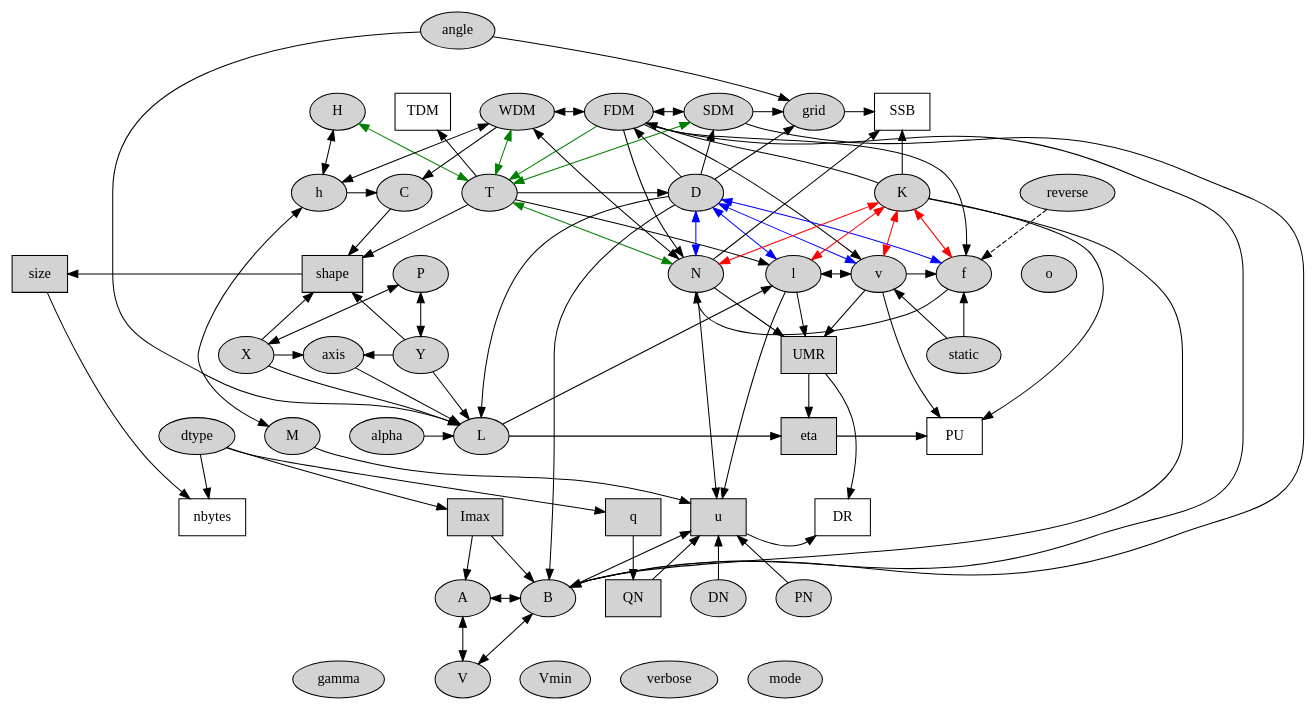
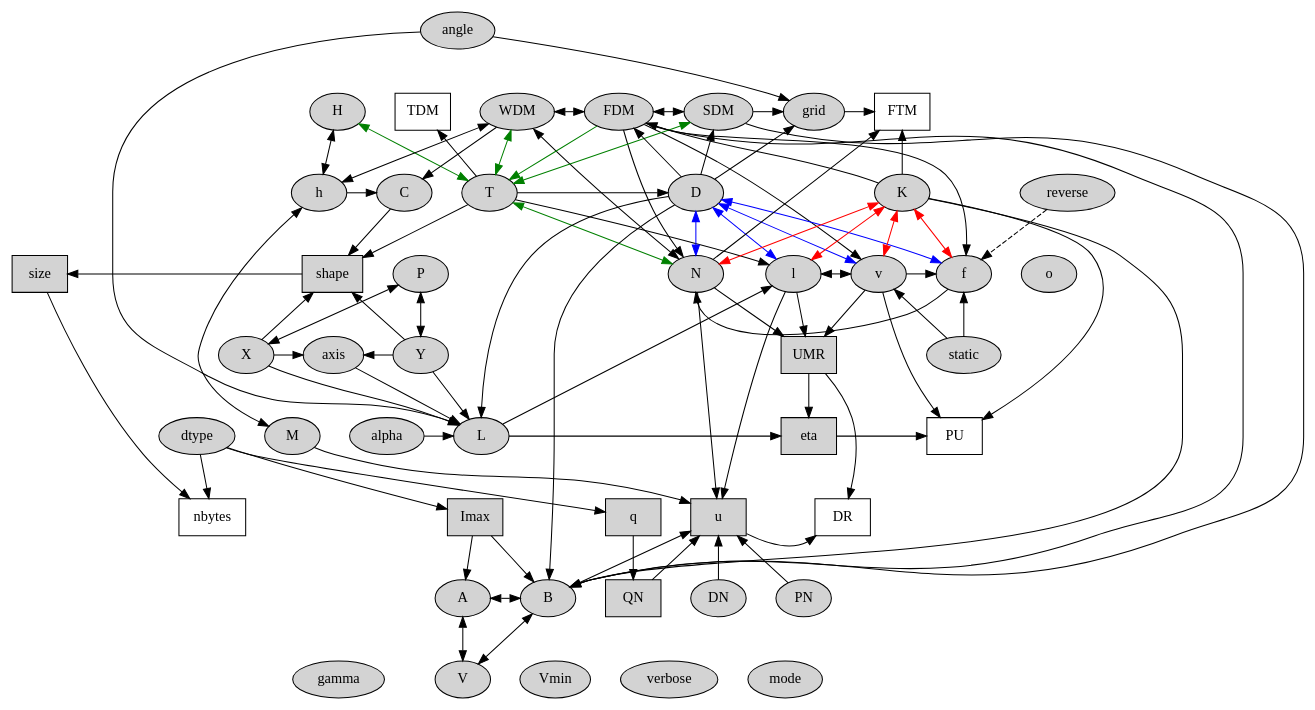
The diagram in docs/interdependencies.dot (comimag/Fringes), drawn with Graphviz before and after one commit. The commit also changed 7 other files, not shown here.

```diff
--- a/docs/interdependencies.dot
+++ b/docs/interdependencies.dot
@@ -1,119 +1,119 @@
 digraph G {
     graph [compound=True]
     node [style=filled]
     nodesep=0.4  // default: 0.25
     ranksep=0.6  // default: 0.5
 
-    {rank=same; H -> TDM -> WDM -> FDM -> SDM -> grid -> SSB[style=invis][group=1]}
+    {rank=same; H -> TDM -> WDM -> FDM -> SDM -> grid -> FTM[style=invis][group=1]}
     {rank=same; h -> C -> T -> D -> K -> reverse[style=invis][group=2]}
     {rank=same; size -> shape -> P -> N -> l -> v -> f -> o[style=invis][group=3]}
     {rank=same; X -> axis -> Y -> UMR -> static[style=invis][group=4]}
     {rank=same; dtype -> M -> alpha -> L -> eta -> PU[style=invis][group=5]}
     //{rank=same; dtype -> M -> angle[style=invis][group=6]}
     {rank=same; nbytes -> Imax -> q -> u -> DR[style=invis][group=7]}
     {rank=same; A -> B -> QN -> DN -> PN[style=invis][group=8]}
     {rank=same; gamma -> V -> Vmin -> verbose -> mode[style=invis][group=9]}
 
-    SSB[shape=box][fillcolor=white]
+    FTM[shape=box][fillcolor=white]
 
     H -> {T} [dir=both][color=green]
     TDM -> WDM [style=invis]
     H -> {h} [dir=both]
     WDM -> C[shape=box]
     WDM -> h[dir=both]
     WDM:se -> N[dir=both]
     WDM:e -> FDM [weight=3][dir=both]
     WDM -> T[dir=both][color=green]
     FDM -> {N v f}
     FDM -> T [color=green]
     FDM:e -> SDM [weight=1][dir=both]
     SDM -> T[dir=both][color=green]
     SDM:e -> grid
     SDM -> B
     FDM -> B
-    grid:e -> SSB
+    grid:e -> FTM
 
     C -> shape
     h:e -> C
     h -> M [dir=both]
     h -> size [style=invis]
 //    T -> {D K} [constraint=false]
     T -> {TDM shape l}
     T:e -> D
     T -> N [dir=both][color=green]
     D -> {FDM SDM grid L B}
     D -> {N l v f}[dir=both][color=blue]
     K -> {N l v f}[dir=both][color=red]
     K -> {FDM B PU}
-    K -> SSB [weight=5]
+    K -> FTM [weight=5]
     reverse -> f [style=dashed]
 
-    N -> {SSB UMR}
+    N -> {FTM UMR}
     l -> UMR [weight=13]
     l:e -> v [dir=both]
     v:e -> f
     v -> {UMR PU}
     f -> N:s
 
     P -> X [dir=both]
     P -> Y [dir=both]
     X:e -> axis
     X -> {shape L}
     Y -> {shape L}
     Y:w -> axis
     axis -> L
     UMR -> {eta DR}
     static -> {v f}
 
     M -> u
     alpha:e -> L
     angle -> L
     L:e -> eta
     L -> l
     eta:e -> PU
 
     u -> DR:sw [constraint=false]
 
     dtype -> {Imax q nbytes}
 
     Imax -> A
     Imax -> B [weight=2]
     q -> QN [weight=2]
     nbytes -> gamma [style=invis]
     Vmin
     verbose
     mode
     o
 
     A:e -> B [dir=both]
     A -> V [dir=both][weight=3]
     B -> V [dir=both]
     B -> u
     QN -> u
     DN -> u [weight=2]
     PN -> u
 
     size -> nbytes
     //shape -> size
     size:e -> shape [dir=back][constraint=false]
     shape -> axis [style=invis]
 
     N -> u
     l -> u
     angle -> grid
 
     shape[shape=box]
     size[shape=box]
     nbytes[shape=box][fillcolor=white]
     Imax[shape=box]
     q[shape=box]
 //    Q[shape=box]
     QN[shape=box]
     UMR[shape=box]
     eta[shape=box]
     u[shape=box]
     TDM[shape=box][fillcolor=white]
     //L[shape=box]
     DR[shape=box][fillcolor=white]
     PU[shape=box][fillcolor=white]
 }
```
